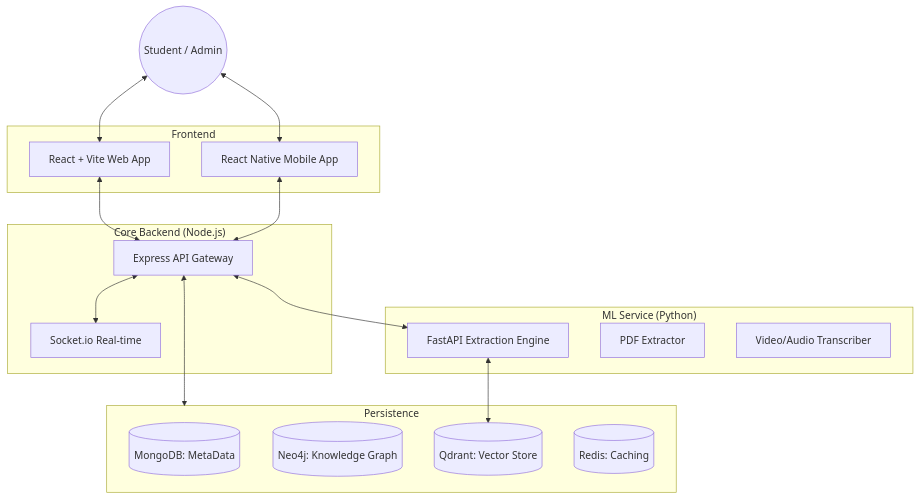
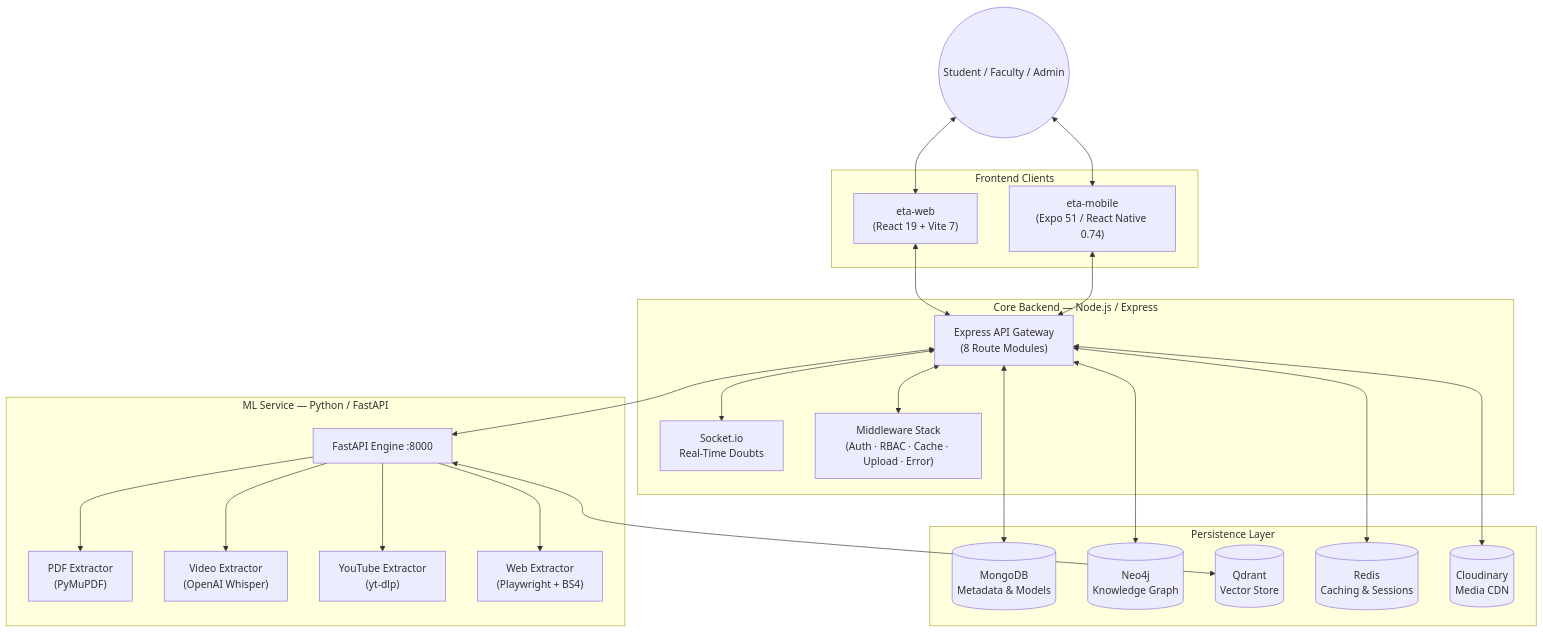
The first of 5 diagrams in README.md (shivam222343/ETA-OTT-_V2), drawn with Mermaid before and after one commit. The commit also changed other lines of this file, not shown here.

````diff
--- a/README.md
+++ b/README.md
@@ -26,35 +33,40 @@
 ```mermaid
 graph TD
-    User((Student / Admin))
-    
-    subgraph Frontend
-        Web[React + Vite Web App]
-        Mobile[React Native Mobile App]
+    User((Student / Faculty / Admin))
+
+    subgraph "Frontend Clients"
+        Web["eta-web<br/>(React 19 + Vite 7)"]
+        Mobile["eta-mobile<br/>(Expo 51 / React Native 0.74)"]
     end
-    
-    subgraph "Core Backend (Node.js)"
-        API[Express API Gateway]
-        Socket[Socket.io Real-time]
+
+    subgraph "Core Backend — Node.js / Express"
+        API["Express API Gateway<br/>(8 Route Modules)"]
+        WS["Socket.io<br/>Real-Time Doubts"]
+        MW["Middleware Stack<br/>(Auth · RBAC · Cache · Upload · Error)"]
     end
-    
-    subgraph "ML Service (Python)"
-        FastAPI[FastAPI Extraction Engine]
-        PDF[PDF Extractor]
-        Video[Video/Audio Transcriber]
+
+    subgraph "ML Service — Python / FastAPI"
+        FastAPI["FastAPI Engine :8000"]
+        PDF["PDF Extractor<br/>(PyMuPDF)"]
+        Video["Video Extractor<br/>(OpenAI Whisper)"]
+        YT["YouTube Extractor<br/>(yt-dlp)"]
+        WebEx["Web Extractor<br/>(Playwright + BS4)"]
     end
-    
-    subgraph Persistence
-        Mongo[(MongoDB: MetaData)]
-        Neo[(Neo4j: Knowledge Graph)]
-        Qdrant[(Qdrant: Vector Store)]
-        Redis[(Redis: Caching)]
+
+    subgraph "Persistence Layer"
+        Mongo[("MongoDB<br/>Metadata & Models")]
+        Neo[("Neo4j<br/>Knowledge Graph")]
+        Qdrant[("Qdrant<br/>Vector Store")]
+        Redis[("Redis<br/>Caching & Sessions")]
+        Cloud[("Cloudinary<br/>Media CDN")]
     end
-    
-    User <--> Web
-    User <--> Mobile
+
+    User <--> Web & Mobile
     Web & Mobile <--> API
-    API <--> Socket
+    API <--> WS
+    API <--> MW
     API <--> FastAPI
-    API <--> Persistence
+    FastAPI --> PDF & Video & YT & WebEx
+    API <--> Mongo & Neo & Redis & Cloud
     FastAPI <--> Qdrant
 ```
````
